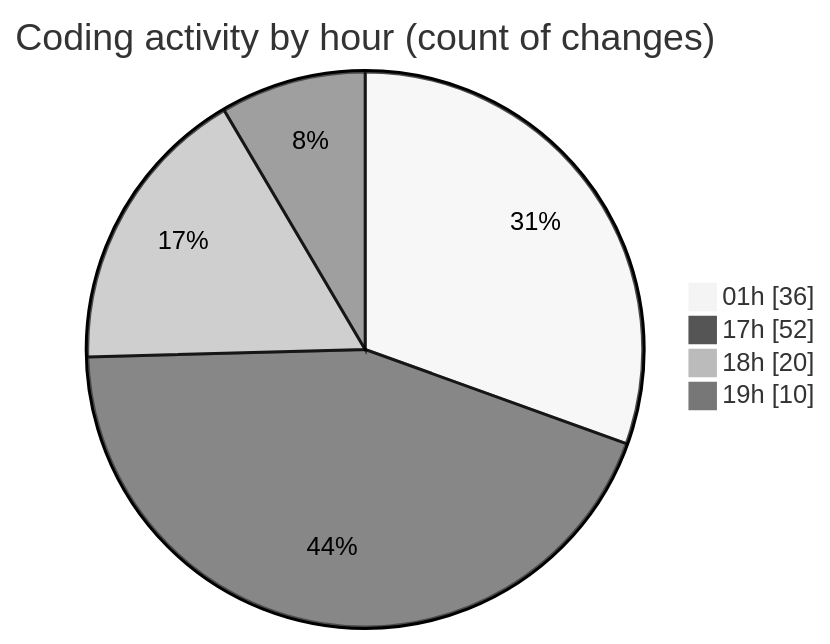
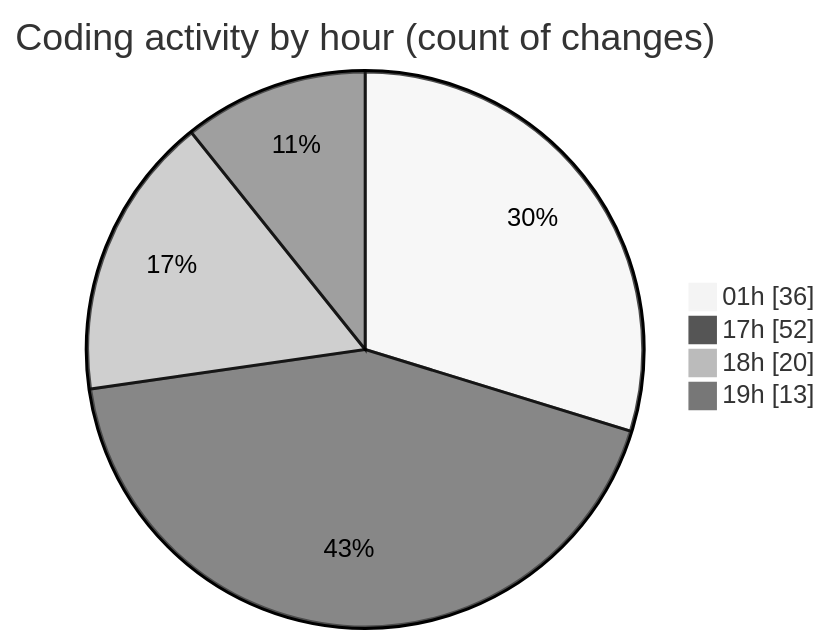
The second of 2 diagrams in 2025-07-29/appproject/README.md (lephambinh05/code-tracking), drawn with Mermaid (neutral theme) before and after one commit. The commit also changed other lines of this file and 1 other file, not shown here.

````diff
--- a/2025-07-29/appproject/README.md
+++ b/2025-07-29/appproject/README.md
@@ -79,8 +80,8 @@
 ```mermaid
 pie showData
 title Coding activity by hour (count of changes)
 "01h" : 36
 "17h" : 52
 "18h" : 20
-"19h" : 10
+"19h" : 13
 ```
````
